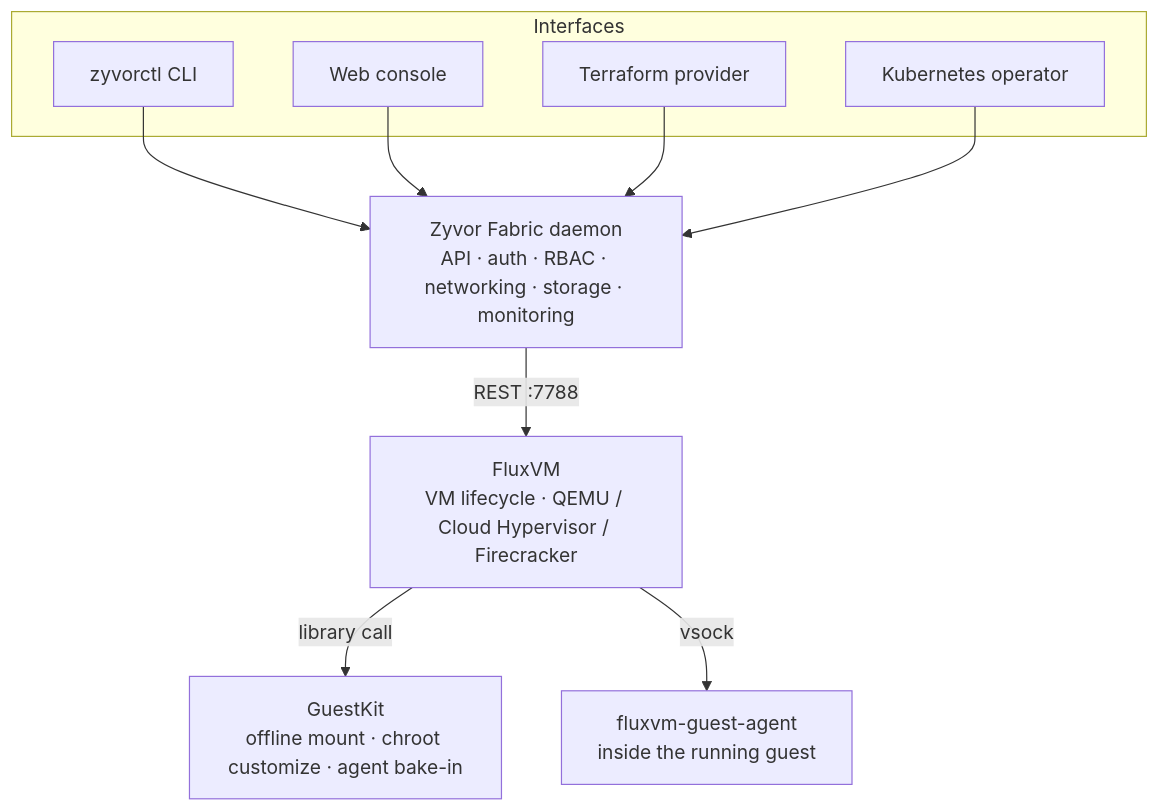
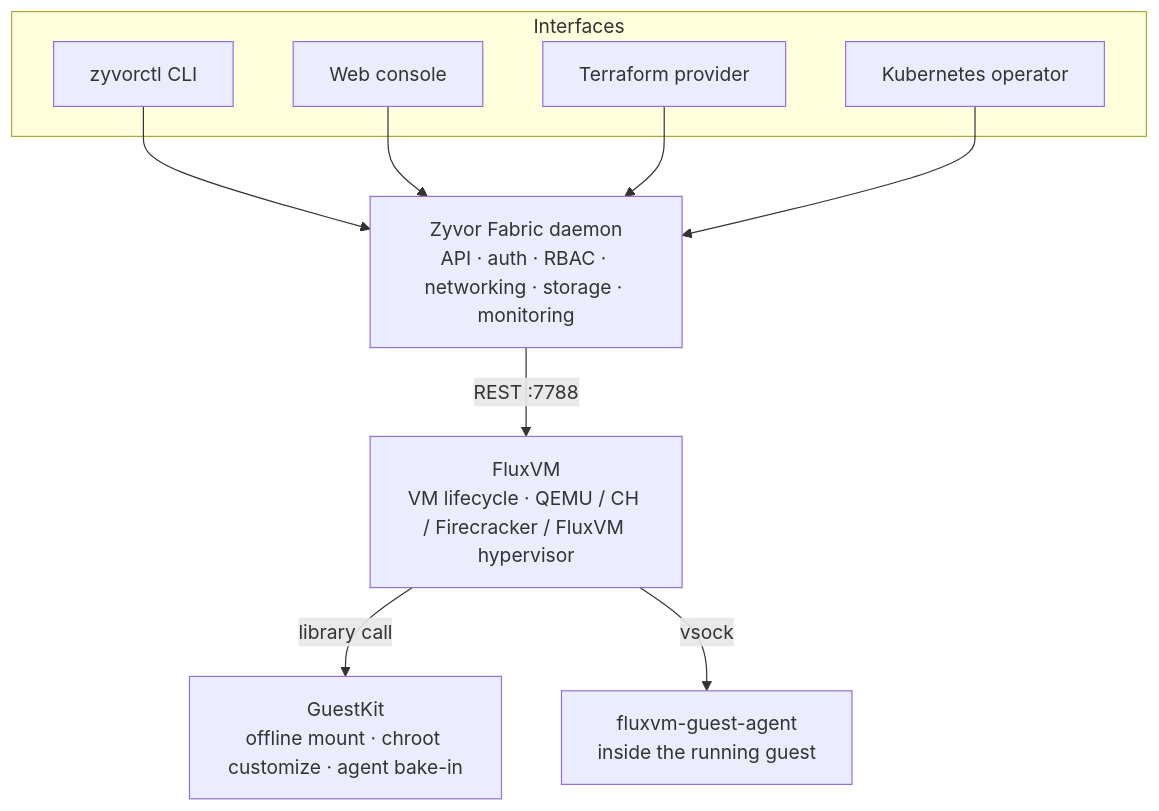
One commit to zyvorai/fabric changed the diagram in README.md. Above: the diagram before and after it, drawn with Mermaid. The commit also changed other lines of this file and 6 other files, not shown here.

First line of the commit message:
docs: note FluxVM hypervisor backend and sandbox API gaps

````diff
--- a/README.md
+++ b/README.md
@@ -59,18 +59,18 @@
 ```mermaid
 flowchart TB
   subgraph Interfaces
     CLI[zyvorctl CLI]
     Web[Web console]
     TF[Terraform provider]
     Op[Kubernetes operator]
   end
   CLI --> Daemon
   Web --> Daemon
   TF --> Daemon
   Op --> Daemon
 
   Daemon[Zyvor Fabric daemon<br/>API · auth · RBAC · networking · storage · monitoring]
-  Daemon -- REST :7788 --> Flux[FluxVM<br/>VM lifecycle · QEMU / Cloud Hypervisor / Firecracker]
+  Daemon -- REST :7788 --> Flux[FluxVM<br/>VM lifecycle · QEMU / CH / Firecracker / FluxVM hypervisor]
   Flux -- library call --> GK[GuestKit<br/>offline mount · chroot customize · agent bake-in]
   Flux -- vsock --> Agent[fluxvm-guest-agent<br/>inside the running guest]
 ```
````
